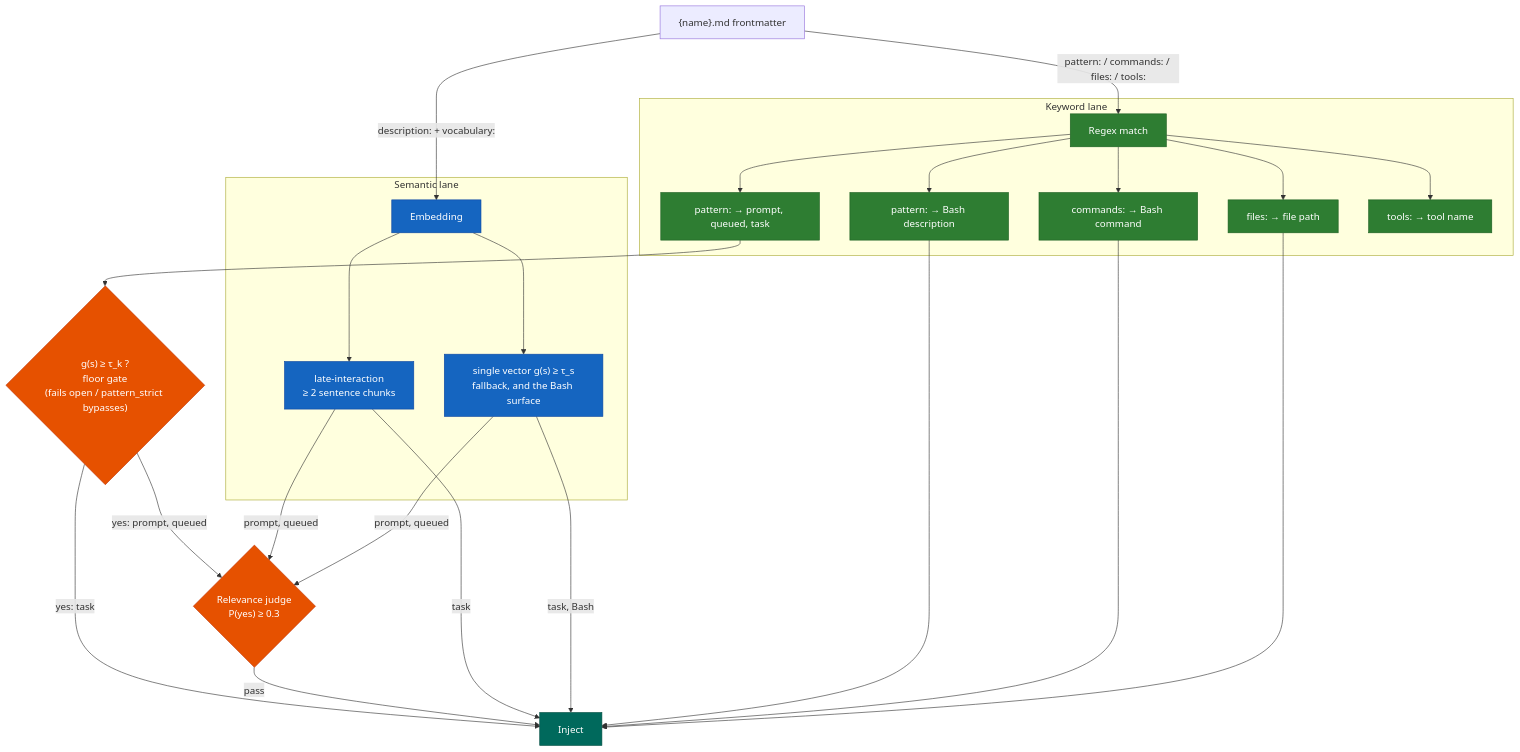
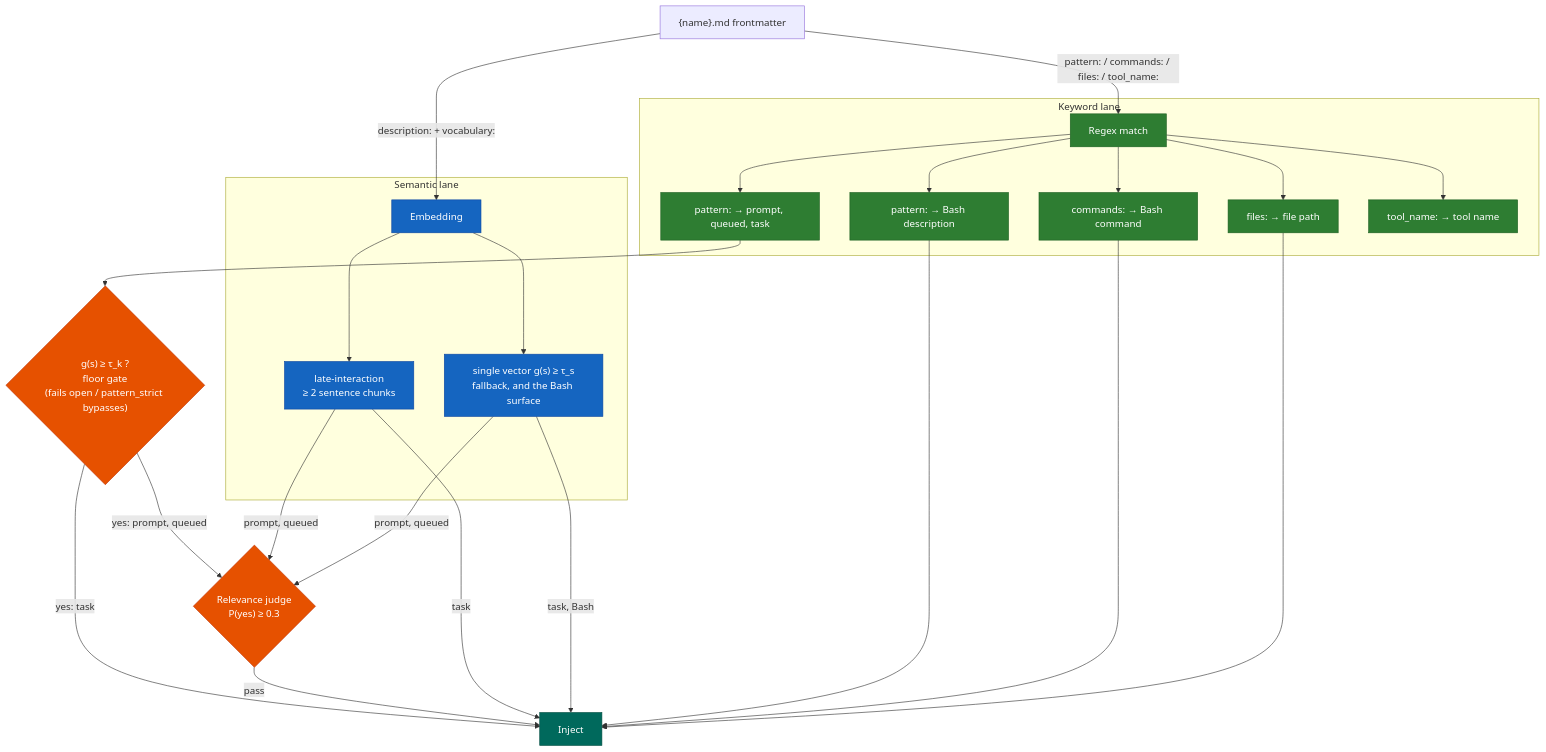
One commit to aaronsb/agent-ways changed the second of 3 diagrams in docs/hooks-and-ways.md. Above: the diagram before and after it, drawn with Mermaid. The commit also changed other lines of this file and 28 other files, not shown here.

First line of the commit message:
refactor(ways): name the tool lane fields tool_name and tool_event

````diff
--- a/docs/hooks-and-ways.md
+++ b/docs/hooks-and-ways.md
@@ -175,39 +175,39 @@
 ```mermaid
 flowchart TD
     classDef regex fill:#2E7D32,stroke:#1B5E20,color:#fff
     classDef semantic fill:#1565C0,stroke:#0D47A1,color:#fff
     classDef decision fill:#E65100,stroke:#BF360C,color:#fff
     classDef result fill:#00695C,stroke:#004D40,color:#fff
 
     W["{name}.md frontmatter"]
-    W -->|"pattern: / commands: / files: / tools:"| R
+    W -->|"pattern: / commands: / files: / tool_name:"| R
     W -->|"description: + vocabulary:"| S
 
     subgraph RX ["Keyword lane"]
         R[Regex match]:::regex
         R --> RP["pattern: → prompt, queued, task"]:::regex
         R --> RD["pattern: → Bash description"]:::regex
         R --> RC["commands: → Bash command"]:::regex
         R --> RF["files: → file path"]:::regex
-        R --> RT["tools: → tool name"]:::regex
+        R --> RT["tool_name: → tool name"]:::regex
     end
 
     subgraph SM ["Semantic lane"]
         S[Embedding]:::semantic
         S --> LI["late-interaction<br/>≥ 2 sentence chunks"]:::semantic
         S --> SV["single vector g(s) ≥ τ_s<br/>fallback, and the Bash surface"]:::semantic
     end
 
     RP --> GATE{"g(s) ≥ τ_k ?<br/>floor gate<br/>(fails open / pattern_strict bypasses)"}:::decision
     GATE -->|"yes: prompt, queued"| J
     GATE -->|"yes: task"| FIRE
     LI -->|"prompt, queued"| J
     SV -->|"prompt, queued"| J
     J{"Relevance judge<br/>P(yes) ≥ 0.3"}:::decision
     J -->|pass| FIRE[Inject]:::result
     LI -->|task| FIRE
     SV -->|"task, Bash"| FIRE
     RD --> FIRE
     RC --> FIRE
     RF --> FIRE
 ```
````
